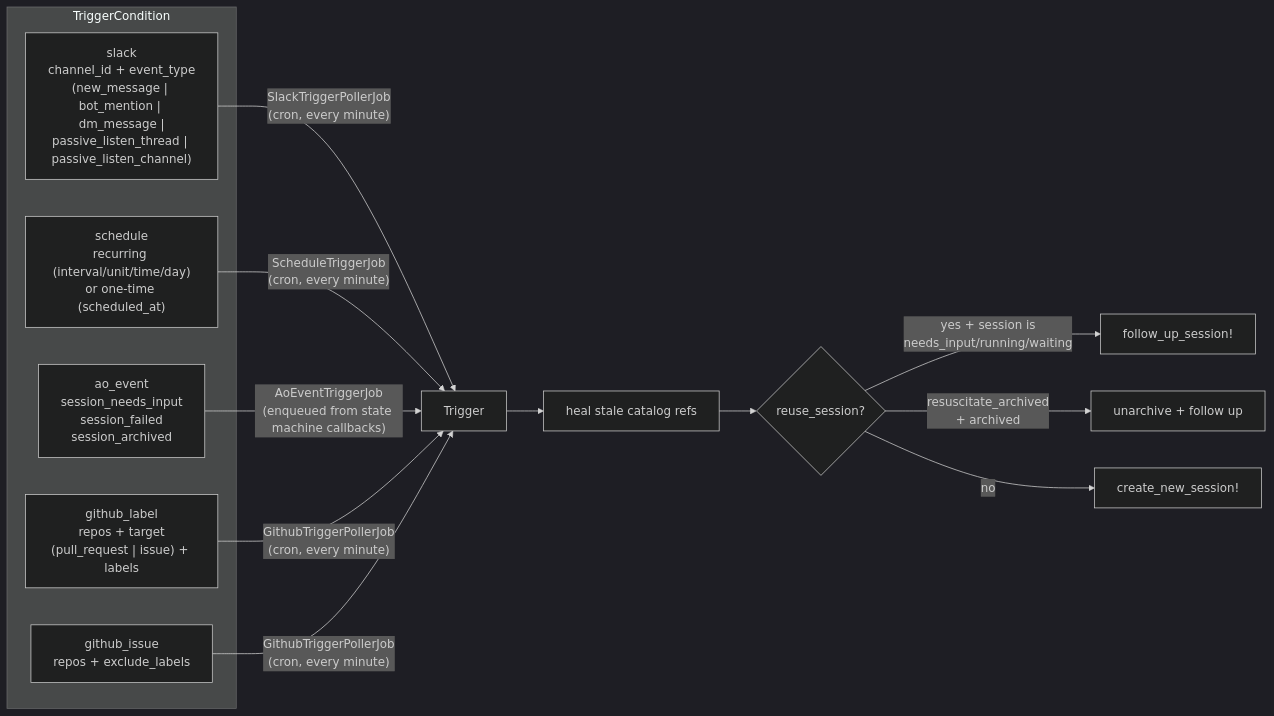
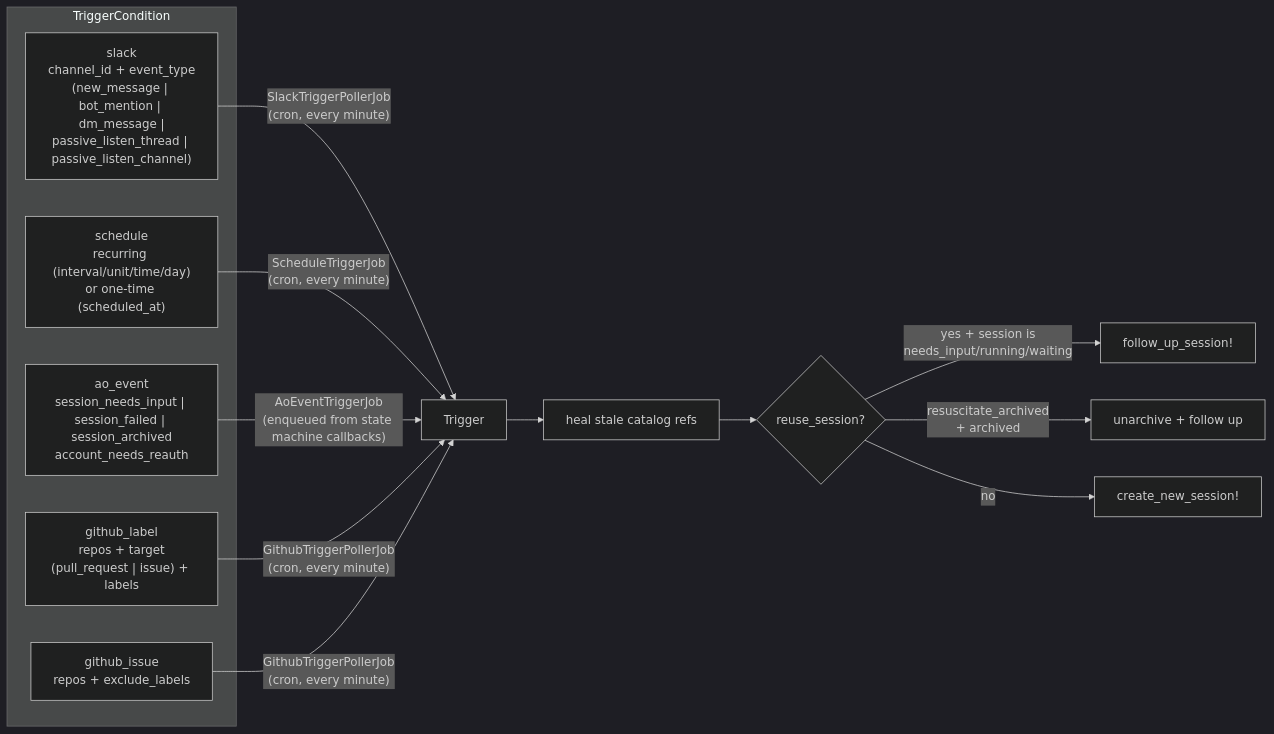
Before and after one commit to tadasant/zimmer: the first of 2 diagrams in docs/src/content/docs/sessions/triggers.md, drawn with Mermaid (dark theme). The commit also changed other lines of this file and 36 other files, not shown here.

First line of the commit message:
feat(auth): give interactive login its own queue lane, and make needs_reauth a Trigger

````diff
--- a/docs/src/content/docs/sessions/triggers.md
+++ b/docs/src/content/docs/sessions/triggers.md
@@ -15,22 +15,22 @@
 ```mermaid
 flowchart LR
     subgraph conditions["TriggerCondition"]
         SL["slack<br/>channel_id + event_type<br/>(new_message | bot_mention | dm_message |<br/>passive_listen_thread | passive_listen_channel)"]
         SC["schedule<br/>recurring (interval/unit/time/day)<br/>or one-time (scheduled_at)"]
-        AO["ao_event<br/>session_needs_input<br/>session_failed<br/>session_archived"]
+        AO["ao_event<br/>session_needs_input | session_failed | session_archived<br/>account_needs_reauth"]
         GL["github_label<br/>repos + target<br/>(pull_request | issue) + labels"]
         GI["github_issue<br/>repos + exclude_labels"]
     end
 
     SL -->|"SlackTriggerPollerJob<br/>(cron, every minute)"| T["Trigger"]
     SC -->|"ScheduleTriggerJob<br/>(cron, every minute)"| T
     AO -->|"AoEventTriggerJob<br/>(enqueued from state machine callbacks)"| T
     GL -->|"GithubTriggerPollerJob<br/>(cron, every minute)"| T
     GI -->|"GithubTriggerPollerJob<br/>(cron, every minute)"| T
 
     T --> H["heal stale catalog refs"]
     H --> D{"reuse_session?"}
     D -->|"yes + session is<br/>needs_input/running/waiting"| FU["follow_up_session!"]
     D -->|"resuscitate_archived<br/>+ archived"| RS["unarchive + follow up"]
     D -->|no| NEW["create_new_session!"]
 ```
````
